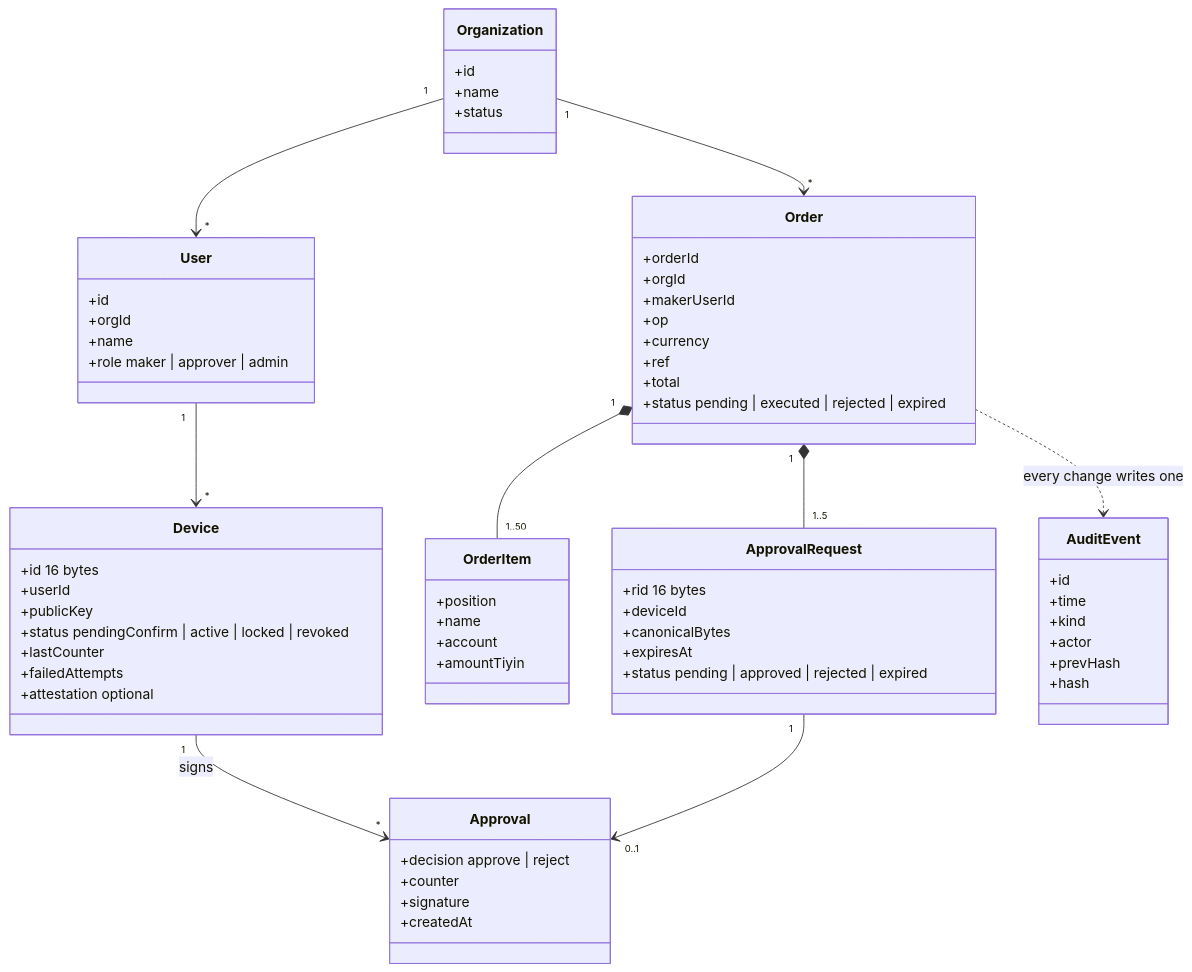
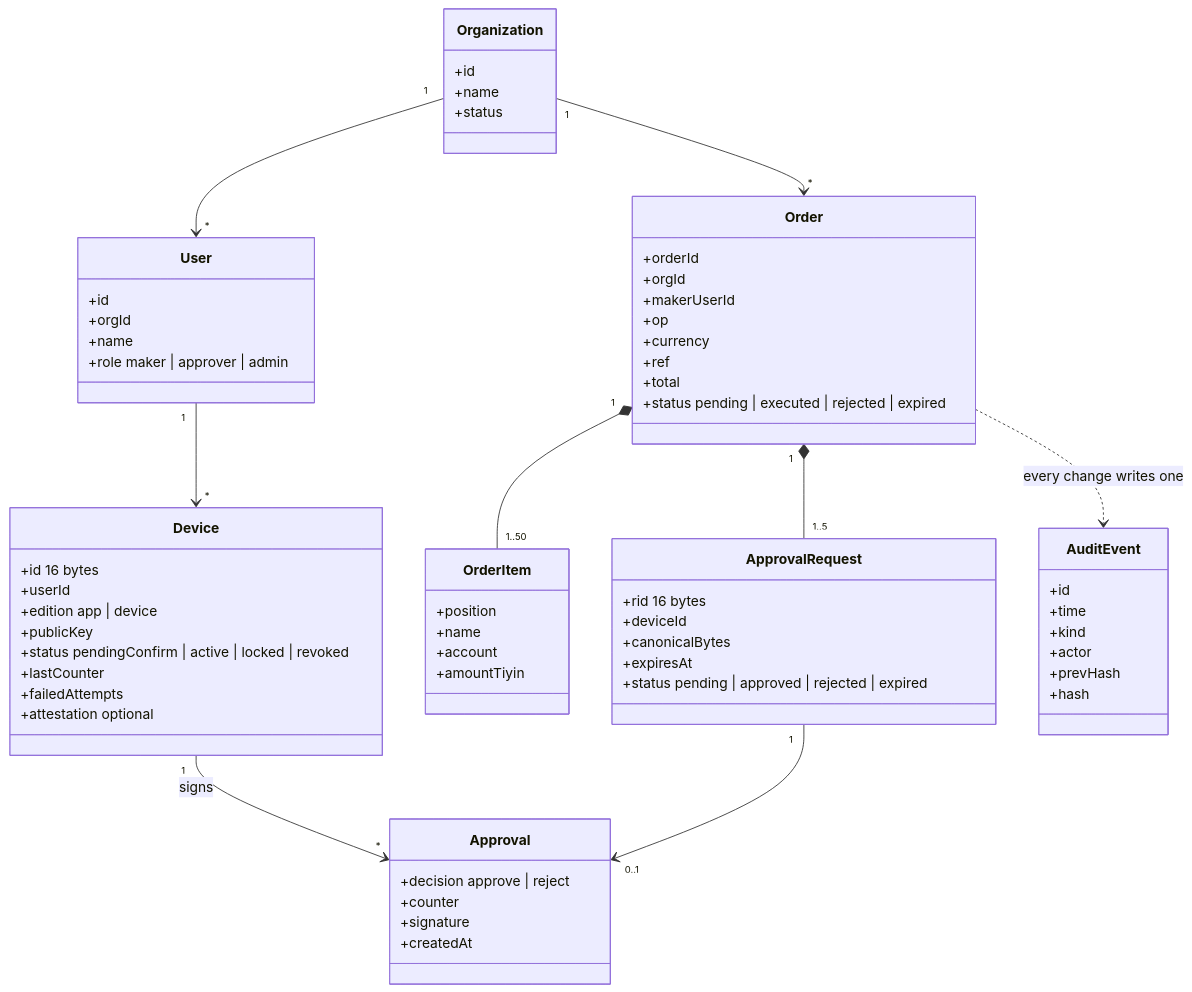
Before and after one commit to Pazuzu-Inc/imzo: the diagram in diagrams/class-model.mmd, drawn with Mermaid. The commit also changed 9 other files, not shown here.

First line of the commit message:
Add two approver editions: Imzo Device and Imzo Approver app

```diff
--- a/diagrams/class-model.mmd
+++ b/diagrams/class-model.mmd
@@ -1,67 +1,68 @@
 %% Imzo: server data model. One order creates one request per approver device.
 classDiagram
   class Organization {
     +id
     +name
     +status
   }
   class User {
     +id
     +orgId
     +name
     +role  maker | approver | admin
   }
   class Device {
     +id  16 bytes
     +userId
+    +edition  app | device
     +publicKey
     +status  pendingConfirm | active | locked | revoked
     +lastCounter
     +failedAttempts
     +attestation  optional
   }
   class Order {
     +orderId
     +orgId
     +makerUserId
     +op
     +currency
     +ref
     +total
     +status  pending | executed | rejected | expired
   }
   class OrderItem {
     +position
     +name
     +account
     +amountTiyin
   }
   class ApprovalRequest {
     +rid  16 bytes
     +deviceId
     +canonicalBytes
     +expiresAt
     +status  pending | approved | rejected | expired
   }
   class Approval {
     +decision  approve | reject
     +counter
     +signature
     +createdAt
   }
   class AuditEvent {
     +id
     +time
     +kind
     +actor
     +prevHash
     +hash
   }
   Organization "1" --> "*" User
   User "1" --> "*" Device
   Organization "1" --> "*" Order
   Order "1" *-- "1..50" OrderItem
   Order "1" *-- "1..5" ApprovalRequest
   ApprovalRequest "1" --> "0..1" Approval
   Device "1" --> "*" Approval : signs
   Order ..> AuditEvent : every change writes one
```
